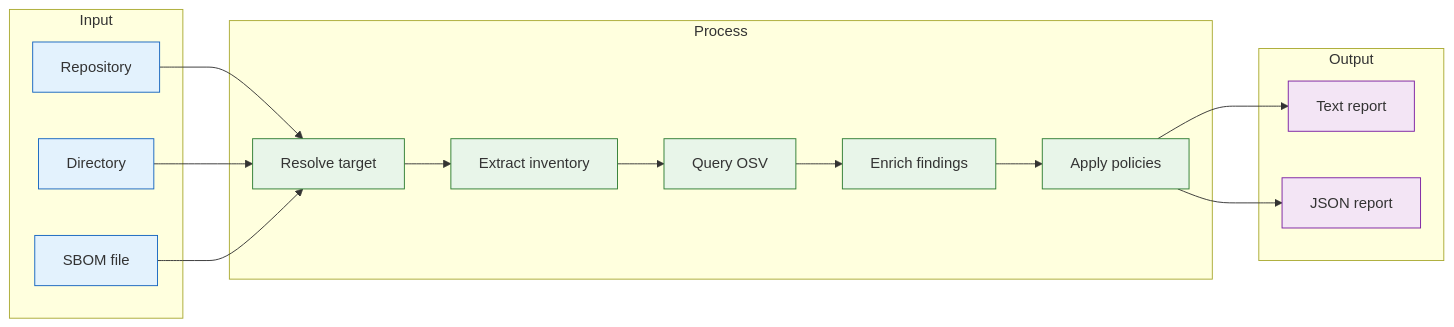
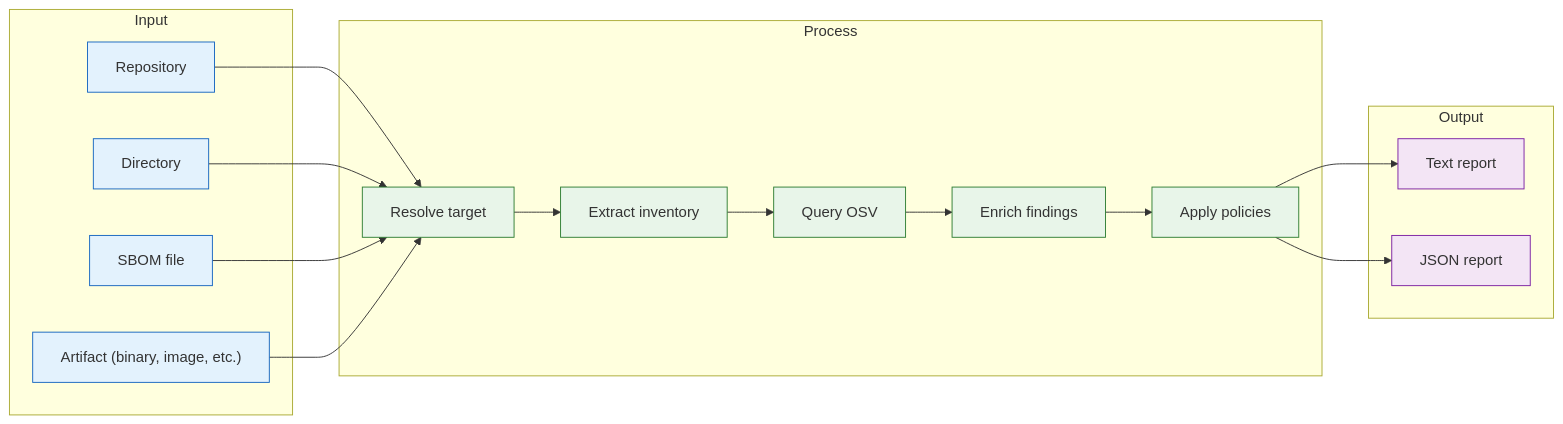
Before and after one commit to temporalio/deputy: the diagram in docs/commands/scan.md, drawn with Mermaid. The commit also changed other lines of this file and 125 other files, not shown here.

````diff
--- a/docs/commands/scan.md
+++ b/docs/commands/scan.md
@@ -15,36 +17,37 @@
 ```mermaid
 flowchart LR
     subgraph Input["Input"]
         Repo["Repository"]
         Dir["Directory"]
         SBOM["SBOM file"]
+        Artifact["Artifact (binary, image, etc.)"]
     end
 
     subgraph Process["Process"]
         Resolve["Resolve target"]
         Extract["Extract inventory"]
         Query["Query OSV"]
         Enrich["Enrich findings"]
         Policy["Apply policies"]
     end
 
     subgraph Output["Output"]
         Text["Text report"]
         JSON["JSON report"]
     end
 
-    Repo & Dir & SBOM --> Resolve
+    Repo & Dir & SBOM & Artifact --> Resolve
     Resolve --> Extract
     Extract --> Query
     Query --> Enrich
     Enrich --> Policy
     Policy --> Text & JSON
 
     classDef source fill:#e3f2fd,stroke:#1565c0
     classDef process fill:#e8f5e9,stroke:#2e7d32
     classDef output fill:#f3e5f5,stroke:#7b1fa2
 
-    class Repo,Dir,SBOM source
+    class Repo,Dir,SBOM,Artifact source
     class Resolve,Extract,Query,Enrich,Policy process
     class Text,JSON output
 ```
````
